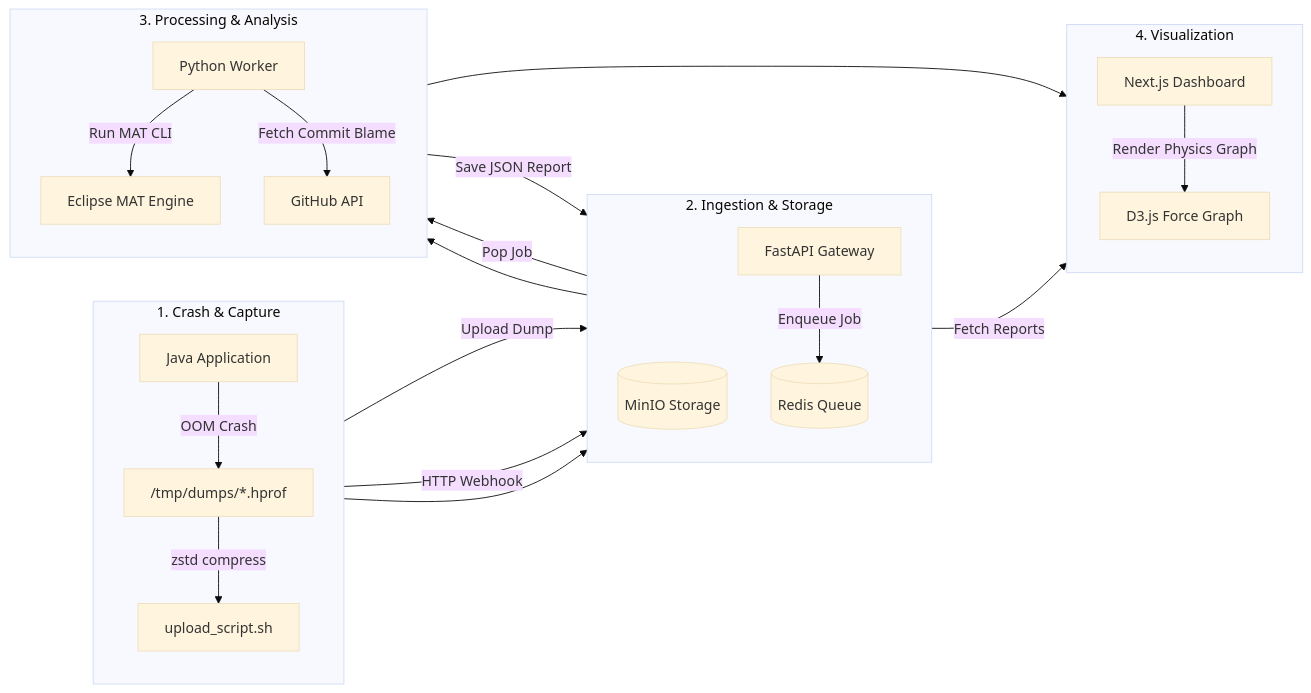
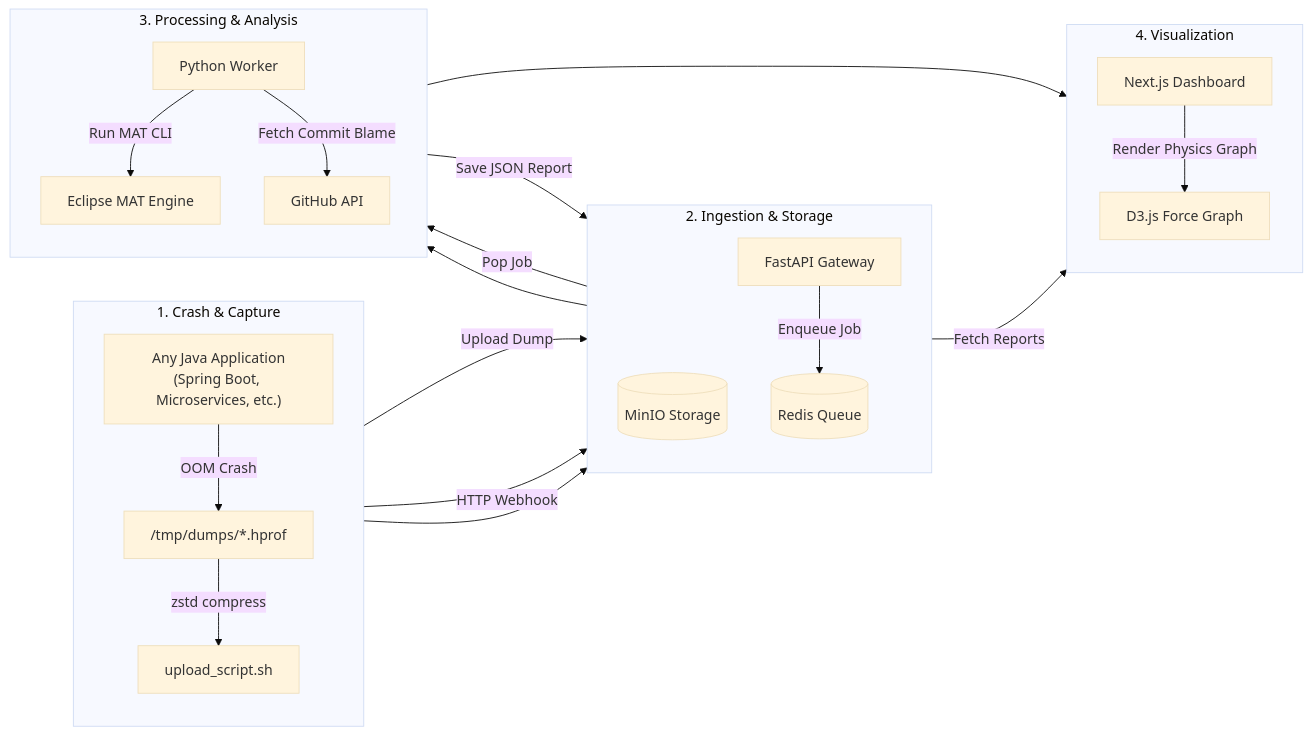
The diagram in README.md (optimis3r/JPoint), drawn with Mermaid (base theme) before and after one commit. The commit also changed other lines of this file, not shown here.

````diff
--- a/README.md
+++ b/README.md
@@ -19,33 +19,33 @@
 ```mermaid
 flowchart LR
     subgraph Step1["1. Crash & Capture"]
         direction TB
-        App["Java Application"] -->|OOM Crash| Dump["/tmp/dumps/*.hprof"]
+        App["Any Java Application\n(Spring Boot, Microservices, etc.)"] -->|OOM Crash| Dump["/tmp/dumps/*.hprof"]
         Dump -->|zstd compress| Script["upload_script.sh"]
     end
 
     subgraph Step2["2. Ingestion & Storage"]
         direction TB
         Script -->|Upload Dump| MinIO[("MinIO Storage")]
         Script -->|HTTP Webhook| Gateway["FastAPI Gateway"]
         Gateway -->|Enqueue Job| Redis[("Redis Queue")]
     end
 
     subgraph Step3["3. Processing & Analysis"]
         direction TB
         Redis -->|Pop Job| Worker["Python Worker"]
         Worker -->|Run MAT CLI| MAT["Eclipse MAT Engine"]
         Worker -->|Fetch Commit Blame| GitHub["GitHub API"]
         Worker -->|Save JSON Report| MinIO
     end
 
     subgraph Step4["4. Visualization"]
         direction TB
         MinIO -->|Fetch Reports| NextJS["Next.js Dashboard"]
         NextJS -->|Render Physics Graph| D3["D3.js Force Graph"]
     end
 
     Step1 --> Step2
     Step2 --> Step3
     Step3 --> Step4
 ```
````
